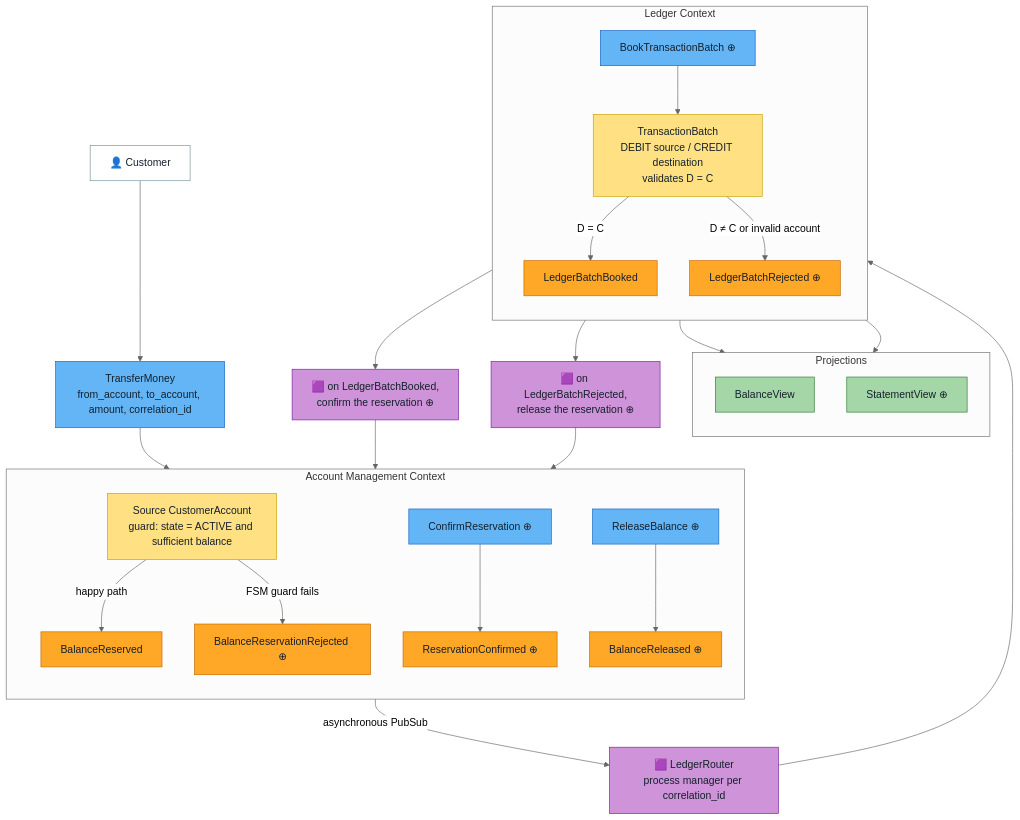
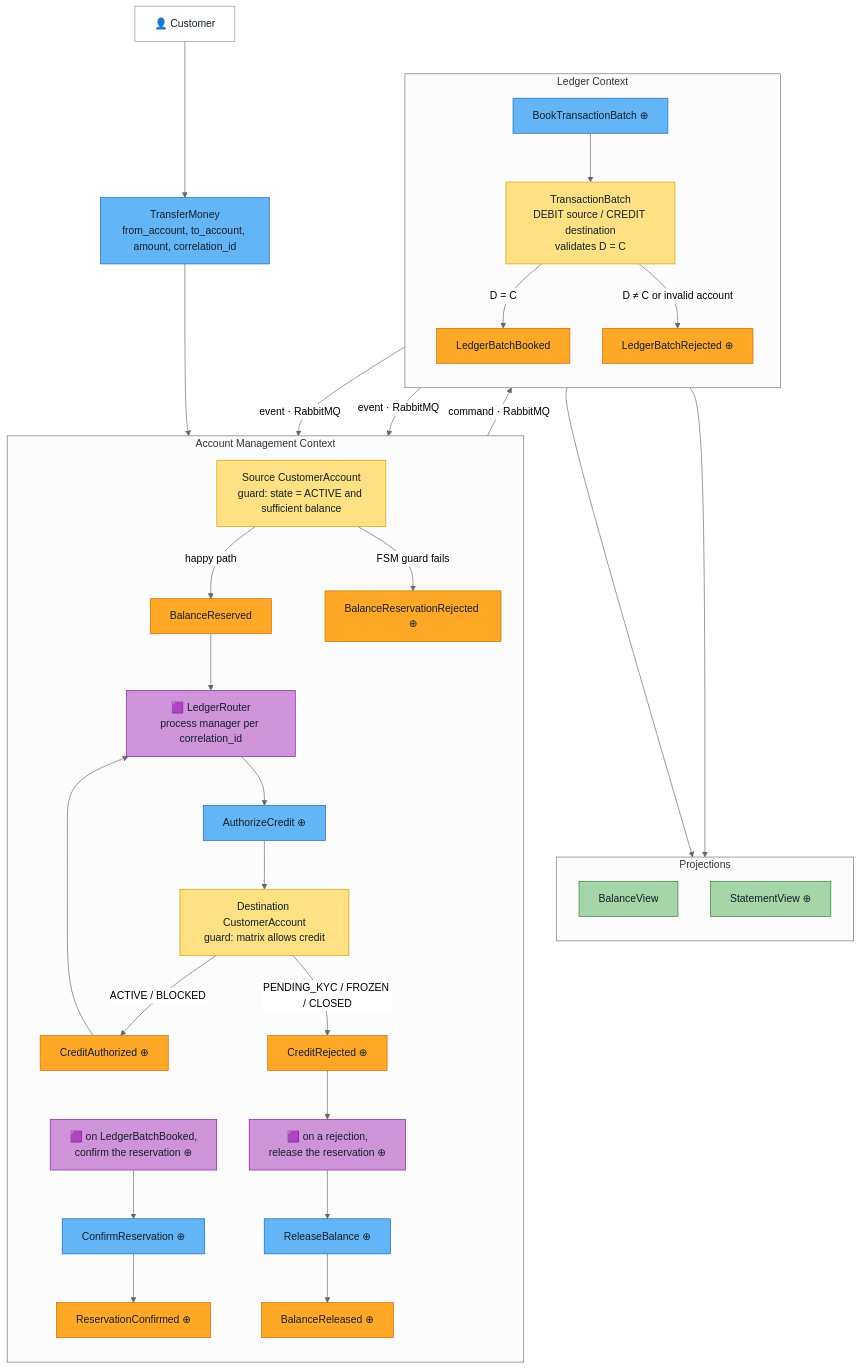
Before and after one commit to LuanDc/banking: the fourth of 6 diagrams in README.md, drawn with Mermaid (neutral theme). The commit also changed other lines of this file, not shown here.

First line of the commit message:
docs: make ledger an open host service and settle H1 and H2

````diff
--- a/README.md
+++ b/README.md
@@ -238,60 +244,68 @@
 ```mermaid
 flowchart TB
     A["👤 Customer"]:::actor
     C0["TransferMoney<br/>from_account, to_account, amount, correlation_id"]:::cmd
 
     subgraph AM["Account Management Context"]
         direction TB
         AGG1["Source CustomerAccount<br/>guard: state = ACTIVE and sufficient balance"]:::agg
         EV1["BalanceReserved"]:::evt
         EV2["BalanceReservationRejected ⊕"]:::evt
         CX["ReleaseBalance ⊕"]:::cmd
         EVX["BalanceReleased ⊕"]:::evt
         CY["ConfirmReservation ⊕"]:::cmd
         EVY["ReservationConfirmed ⊕"]:::evt
+        POL["🟪 LedgerRouter<br/>process manager per correlation_id"]:::pol
+        CZ["AuthorizeCredit ⊕"]:::cmd
+        AGG3["Destination CustomerAccount<br/>guard: matrix allows credit"]:::agg
+        EVA["CreditAuthorized ⊕"]:::evt
+        EVR["CreditRejected ⊕"]:::evt
+        POLOK["🟪 on LedgerBatchBooked,<br/>confirm the reservation ⊕"]:::pol
+        POLKO["🟪 on a rejection,<br/>release the reservation ⊕"]:::pol
     end
-
-    POL["🟪 LedgerRouter<br/>process manager per correlation_id"]:::pol
 
     subgraph LG["Ledger Context"]
         direction TB
         CB["BookTransactionBatch ⊕"]:::cmd
         AGG2["TransactionBatch<br/>DEBIT source / CREDIT destination<br/>validates D = C"]:::agg
         EV3["LedgerBatchBooked"]:::evt
         EV4["LedgerBatchRejected ⊕"]:::evt
     end
 
     subgraph PJ["Projections"]
         direction TB
         RM1["BalanceView"]:::rm
         RM2["StatementView ⊕"]:::rm
     end
 
-    POLOK["🟪 on LedgerBatchBooked,<br/>confirm the reservation ⊕"]:::pol
-    POLKO["🟪 on LedgerBatchRejected,<br/>release the reservation ⊕"]:::pol
-
     A --> C0
     C0 --> AGG1
     AGG1 -->|"happy path"| EV1
     AGG1 -->|"FSM guard fails"| EV2
-    EV1 -->|"asynchronous PubSub"| POL
-    POL --> CB
+    EV1 --> POL
+    POL --> CZ
+    CZ --> AGG3
+    AGG3 -->|"ACTIVE / BLOCKED"| EVA
+    AGG3 -->|"PENDING_KYC / FROZEN / CLOSED"| EVR
+    EVA --> POL
+    EVR --> POLKO
+    POL -->|"command · RabbitMQ"| CB
     CB --> AGG2
     AGG2 -->|"D = C"| EV3
     AGG2 -->|"D ≠ C or invalid account"| EV4
     EV3 --> RM1
     EV3 --> RM2
-    EV3 --> POLOK
+    EV3 -->|"event · RabbitMQ"| POLOK
     POLOK --> CY
     CY --> EVY
-    EV4 --> POLKO
+    EV4 -->|"event · RabbitMQ"| POLKO
     POLKO --> CX
     CX --> EVX
 
     classDef evt fill:#FFA726,stroke:#C66900,color:#14202B
     classDef cmd fill:#64B5F6,stroke:#1565C0,color:#14202B
     classDef agg fill:#FFE082,stroke:#C8A300,color:#14202B
     classDef pol fill:#CE93D8,stroke:#7B1FA2,color:#14202B
     classDef rm fill:#A5D6A7,stroke:#2E7D32,color:#14202B
     classDef actor fill:#FFFFFF,stroke:#78909C,color:#14202B
 ```
````
